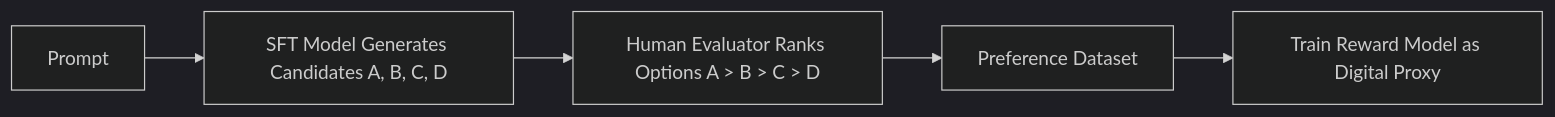
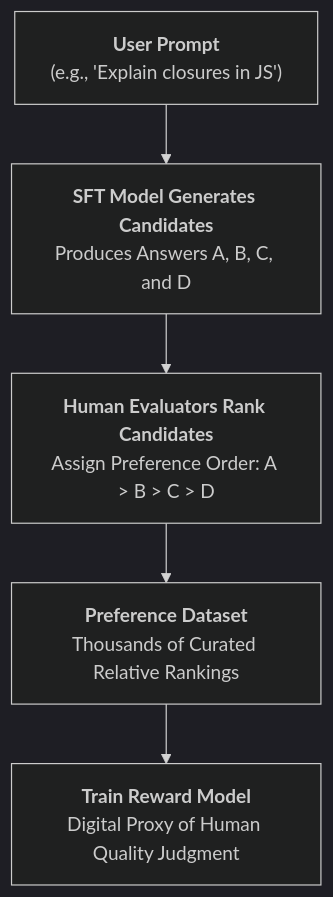
The fourth of 5 diagrams in Nameste-AI/Season_01/07_From_a_Base_Model_to_an_AI_Assistant.md (Nishant8826/theory-leaning), drawn with Mermaid (dark theme) before and after one commit. The commit also changed other lines of this file and 7 other files, not shown here.

````diff
--- a/Nameste-AI/Season_01/07_From_a_Base_Model_to_an_AI_Assistant.md
+++ b/Nameste-AI/Season_01/07_From_a_Base_Model_to_an_AI_Assistant.md
@@ -225,7 +261,7 @@
 ```mermaid
-flowchart LR
-    A[Prompt] --> B[SFT Model Generates Candidates A, B, C, D]
-    B --> C[Human Evaluator Ranks Options A > B > C > D]
-    C --> D[Preference Dataset]
-    D --> E[Train Reward Model as Digital Proxy]
+flowchart TD
+    A["<b>User Prompt</b><br/>(e.g., 'Explain closures in JS')"] --> B["<b>SFT Model Generates Candidates</b><br/>Produces Answers A, B, C, and D"]
+    B --> C["<b>Human Evaluators Rank Candidates</b><br/>Assign Preference Order: A > B > C > D"]
+    C --> D["<b>Preference Dataset</b><br/>Thousands of Curated Relative Rankings"]
+    D --> E["<b>Train Reward Model</b><br/>Digital Proxy of Human Quality Judgment"]
 ```
````
